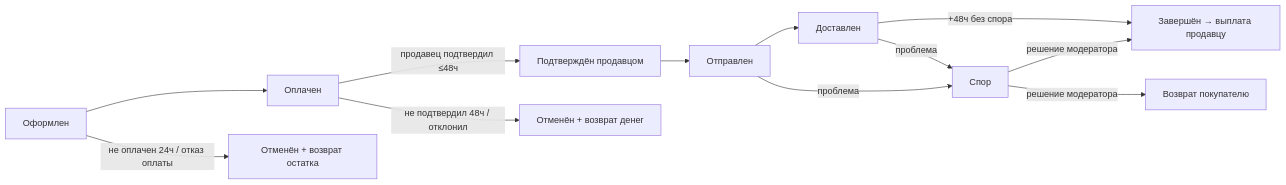
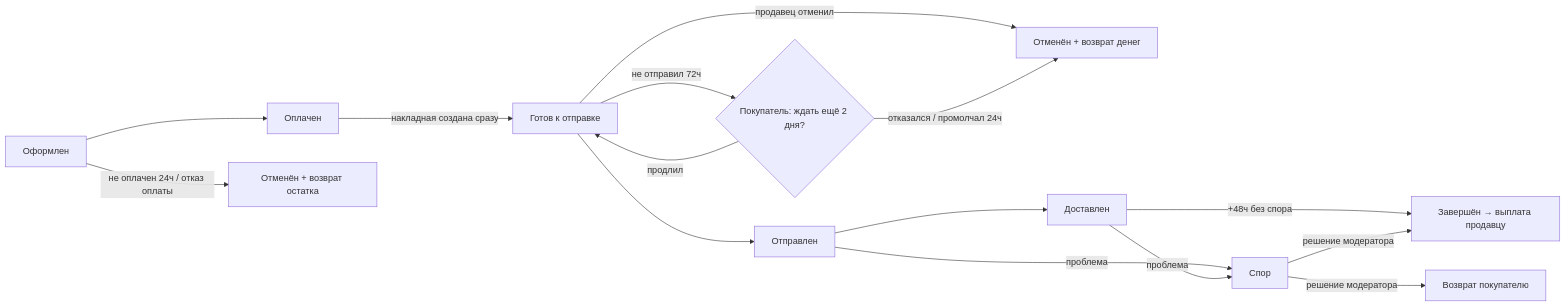
One commit to nikander777/mz changed the diagram in docs/overview/orders.md. Above: the diagram before and after it, drawn with Mermaid. The commit also changed other lines of this file and 12 other files, not shown here.

````diff
--- a/docs/overview/orders.md
+++ b/docs/overview/orders.md
@@ -19,14 +19,17 @@
 ```mermaid
 flowchart LR
   New[Оформлен] --> Paid[Оплачен]
   New -->|не оплачен 24ч / отказ оплаты| CancelU[Отменён + возврат остатка]
-  Paid -->|продавец подтвердил ≤48ч| Proc[Подтверждён продавцом]
-  Paid -->|не подтвердил 48ч / отклонил| CancelP[Отменён + возврат денег]
+  Paid -->|накладная создана сразу| Proc[Готов к отправке]
+  Proc -->|продавец отменил| CancelP[Отменён + возврат денег]
+  Proc -->|не отправил 72ч| Ask{Покупатель: ждать ещё 2 дня?}
+  Ask -->|продлил| Proc
+  Ask -->|отказался / промолчал 24ч| CancelP
   Proc --> Ship[Отправлен]
   Ship --> Deliv[Доставлен]
   Deliv -->|+48ч без спора| Done[Завершён → выплата продавцу]
   Ship -->|проблема| Disp[Спор]
   Deliv -->|проблема| Disp
   Disp -->|решение модератора| Done
   Disp -->|решение модератора| Refund[Возврат покупателю]
 ```
````
